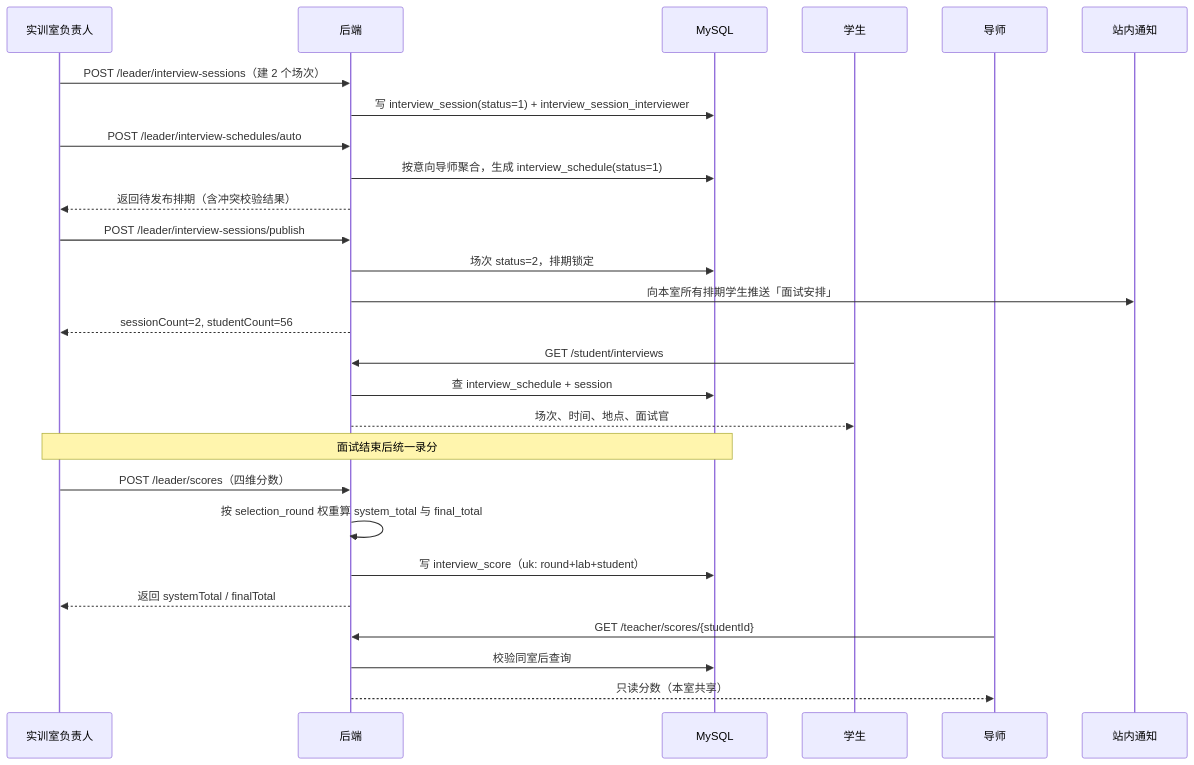
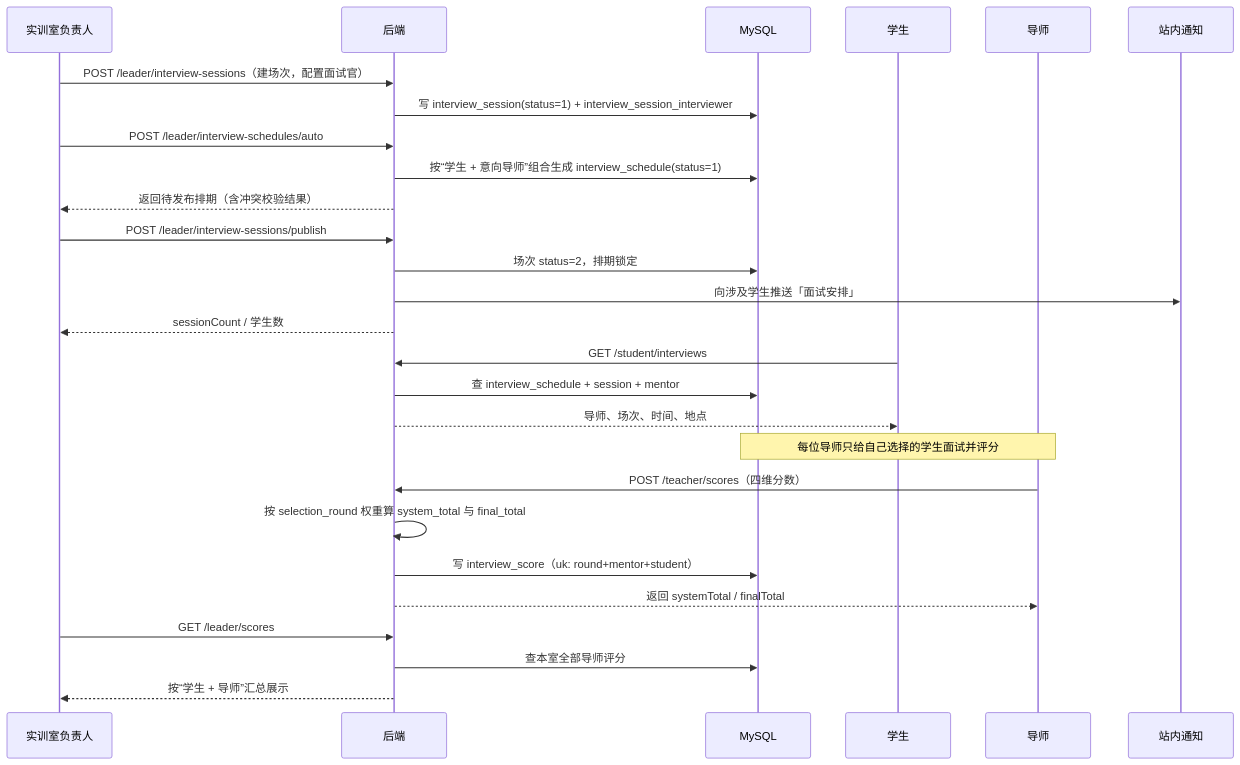
The diagram in docs-framework/flow/面试排期与评分.md (sjhoaidjaoi/lab_match), drawn with Mermaid before and after one commit. The commit also changed other lines of this file and 315 other files, not shown here.

````diff
--- a/docs-framework/flow/面试排期与评分.md
+++ b/docs-framework/flow/面试排期与评分.md
@@ -12,35 +12,35 @@
 ```mermaid
 sequenceDiagram
     participant L as 实训室负责人
     participant B as 后端
     participant D as MySQL
     participant S as 学生
     participant M as 导师
     participant N as 站内通知
 
-    L->>B: POST /leader/interview-sessions（建 2 个场次）
+    L->>B: POST /leader/interview-sessions（建场次，配置面试官）
     B->>D: 写 interview_session(status=1) + interview_session_interviewer
 
     L->>B: POST /leader/interview-schedules/auto
-    B->>D: 按意向导师聚合，生成 interview_schedule(status=1)
+    B->>D: 按“学生 + 意向导师”组合生成 interview_schedule(status=1)
     B-->>L: 返回待发布排期（含冲突校验结果）
 
     L->>B: POST /leader/interview-sessions/publish
     B->>D: 场次 status=2，排期锁定
-    B->>N: 向本室所有排期学生推送「面试安排」
-    B-->>L: sessionCount=2, studentCount=56
+    B->>N: 向涉及学生推送「面试安排」
+    B-->>L: sessionCount / 学生数
 
     S->>B: GET /student/interviews
-    B->>D: 查 interview_schedule + session
-    B-->>S: 场次、时间、地点、面试官
+    B->>D: 查 interview_schedule + session + mentor
+    B-->>S: 导师、场次、时间、地点
 
-    Note over L,D: 面试结束后统一录分
-    L->>B: POST /leader/scores（四维分数）
+    Note over M,D: 每位导师只给自己选择的学生面试并评分
+    M->>B: POST /teacher/scores（四维分数）
     B->>B: 按 selection_round 权重算 system_total 与 final_total
-    B->>D: 写 interview_score（uk: round+lab+student）
-    B-->>L: 返回 systemTotal / finalTotal
+    B->>D: 写 interview_score（uk: round+mentor+student）
+    B-->>M: 返回 systemTotal / finalTotal
 
-    M->>B: GET /teacher/scores/{studentId}
-    B->>D: 校验同室后查询
-    B-->>M: 只读分数（本室共享）
+    L->>B: GET /leader/scores
+    B->>D: 查本室全部导师评分
+    B-->>L: 按“学生 + 导师”汇总展示
 ```
````
